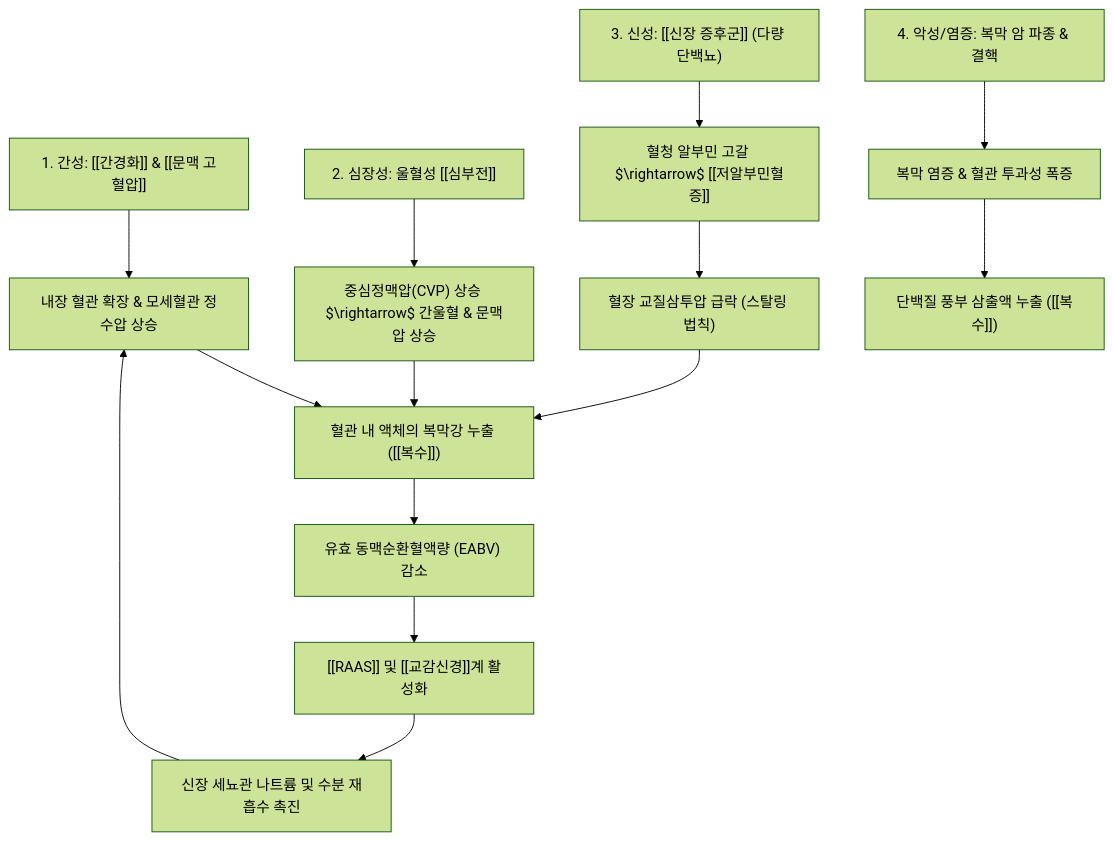
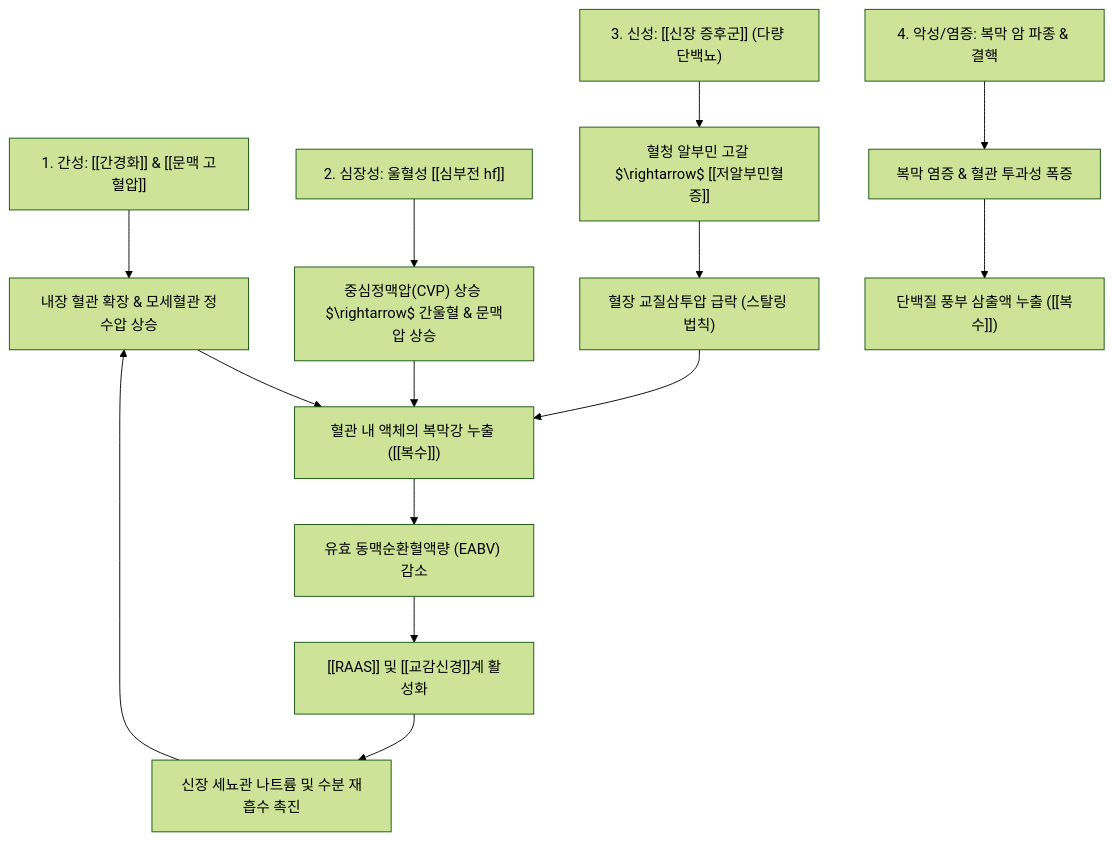
One commit to simbio11/simbio-digital-garden2 changed the second of 2 diagrams in content/3. 이론 공부/질환/간 질환/간경변·섬유증/복수.md. Above: the diagram before and after it, drawn with Mermaid (forest theme). The commit also changed other lines of this file and 442 other files, not shown here.

````diff
--- a/content/3. 이론 공부/질환/간 질환/간경변·섬유증/복수.md
+++ b/content/3. 이론 공부/질환/간 질환/간경변·섬유증/복수.md
@@ -295,18 +295,18 @@
 ```mermaid
 graph TD
     CauseHepatic["1. 간성: [[간경화]] & [[문맥 고혈압]]"] --> SplanchnicVaso["내장 혈관 확장 & 모세혈관 정수압 상승"]
-    CauseCardiac["2. 심장성: 울혈성 [[심부전]]"] --> CentralVenous["중심정맥압(CVP) 상승 $\rightarrow$ 간울혈 & 문맥압 상승"]
+    CauseCardiac["2. 심장성: 울혈성 [[심부전 hf]]"] --> CentralVenous["중심정맥압(CVP) 상승 $\rightarrow$ 간울혈 & 문맥압 상승"]
     CauseRenal["3. 신성: [[신장 증후군]] (다량 단백뇨)"] --> Hypoalbumin["혈청 알부민 고갈 $\rightarrow$ [[저알부민혈증]]"]
     CauseMalignant["4. 악성/염증: 복막 암 파종 & 결핵"] --> CapillaryPerm["복막 염증 & 혈관 투과성 폭증"]
 
     SplanchnicVaso --> FluidLeak["혈관 내 액체의 복막강 누출 ([[복수]])"]
     CentralVenous --> FluidLeak
     Hypoalbumin --> LowOncotic["혈장 교질삼투압 급락 (스탈링 법칙)"]
     LowOncotic --> FluidLeak
     CapillaryPerm --> ExudativeLeak["단백질 풍부 삼출액 누출 ([[복수]])"]
 
     FluidLeak --> LowEABV["유효 동맥순환혈액량 (EABV) 감소"]
     LowEABV --> RAAS_Symp["[[RAAS]] 및 [[교감신경]]계 활성화"]
     RAAS_Symp --> RenalNaReabsorb["신장 세뇨관 나트륨 및 수분 재흡수 촉진"]
     RenalNaReabsorb --> SplanchnicVaso
 ```
````
